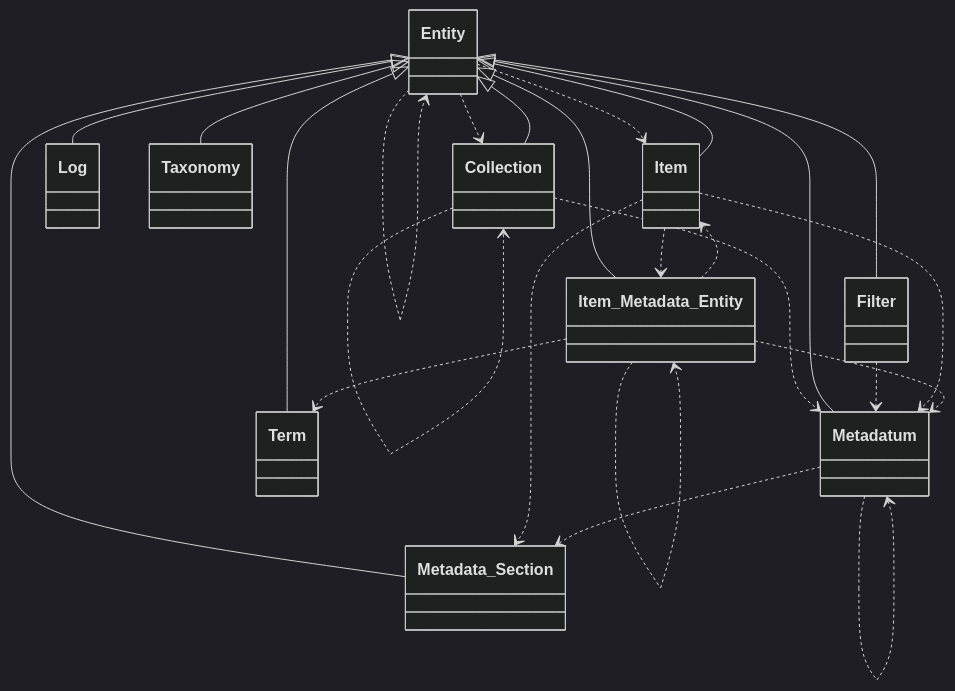
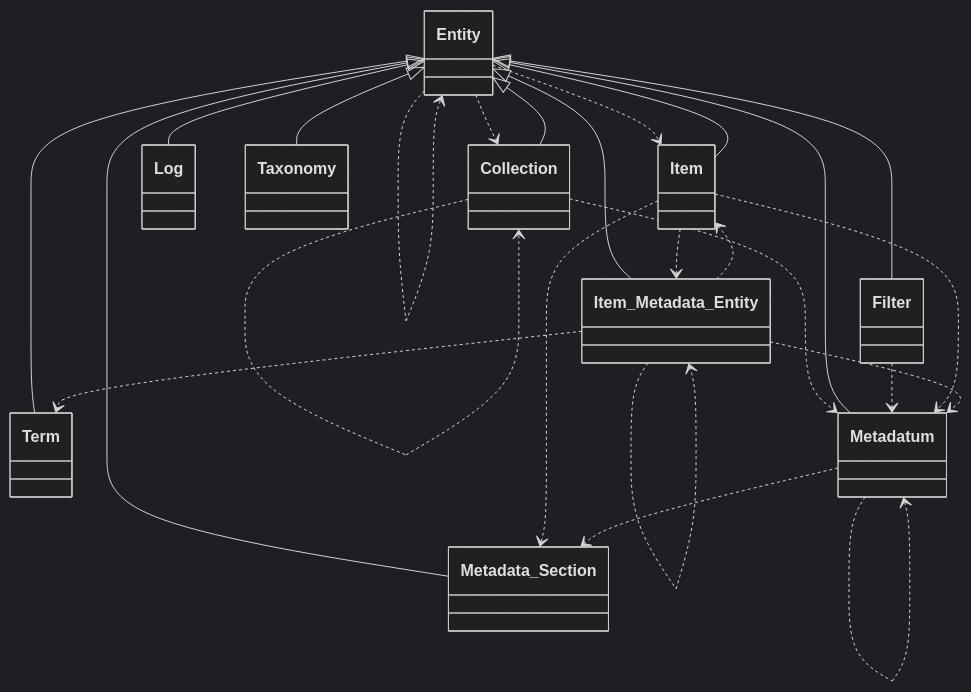
Before and after one commit to tainacan/tainacan: the fourth of 13 diagrams in docs/phpdoc/Home.md, drawn with Mermaid (dark theme). The commit also changed other lines of this file and 95 other files, not shown here.

````diff
--- a/docs/phpdoc/Home.md
+++ b/docs/phpdoc/Home.md
@@ -364,38 +364,38 @@
 ```mermaid
 classDiagram
     direction TB
+    class Item { }
+    class Collection { }
+    class Metadata_Section { }
+    class Log { }
+    class Term { }
+    class Taxonomy { }
+    class Entity { }
+    class Filter { }
     class Metadatum { }
-    class Metadata_Section { }
-    class Item { }
-    class Entity { }
     class Item_Metadata_Entity { }
-    class Term { }
-    class Log { }
-    class Taxonomy { }
-    class Collection { }
-    class Filter { }
     Collection ..> Collection
     Collection ..> Metadatum
     Entity ..> Collection
     Entity ..> Entity
     Entity ..> Item
     Entity <|-- Collection
     Entity <|-- Filter
     Entity <|-- Item
     Entity <|-- Item_Metadata_Entity
     Entity <|-- Log
     Entity <|-- Metadata_Section
     Entity <|-- Metadatum
     Entity <|-- Taxonomy
     Entity <|-- Term
     Filter ..> Metadatum
     Item ..> Item_Metadata_Entity
     Item ..> Metadata_Section
     Item ..> Metadatum
     Item_Metadata_Entity ..> Item
     Item_Metadata_Entity ..> Item_Metadata_Entity
     Item_Metadata_Entity ..> Metadatum
     Item_Metadata_Entity ..> Term
     Metadatum ..> Metadata_Section
     Metadatum ..> Metadatum
 ```
````
